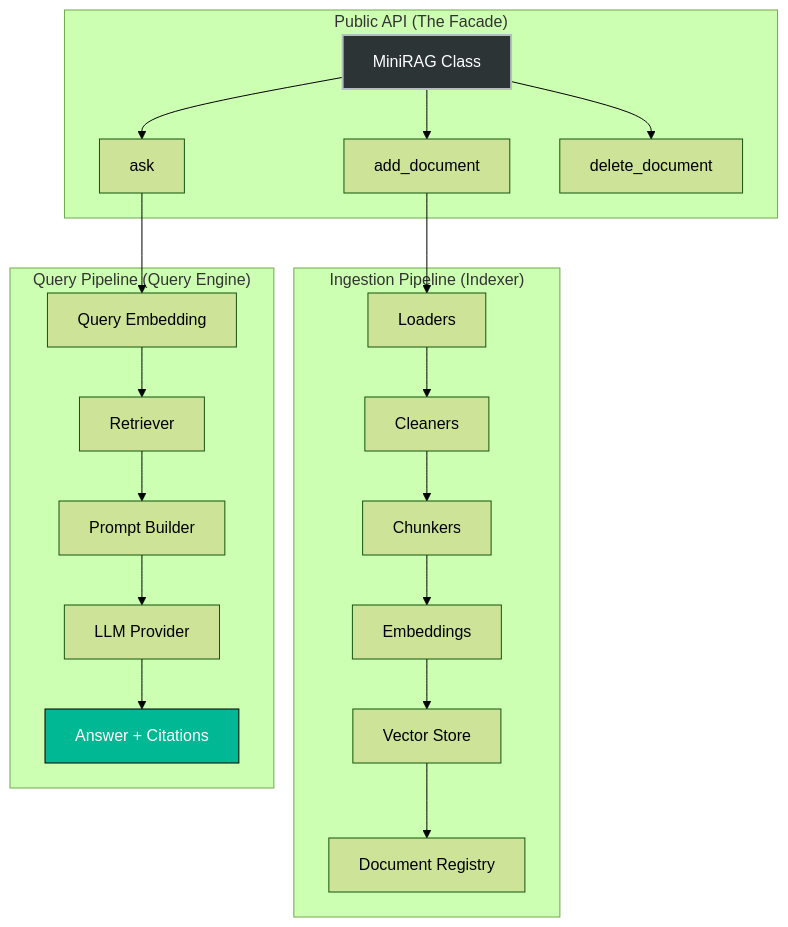
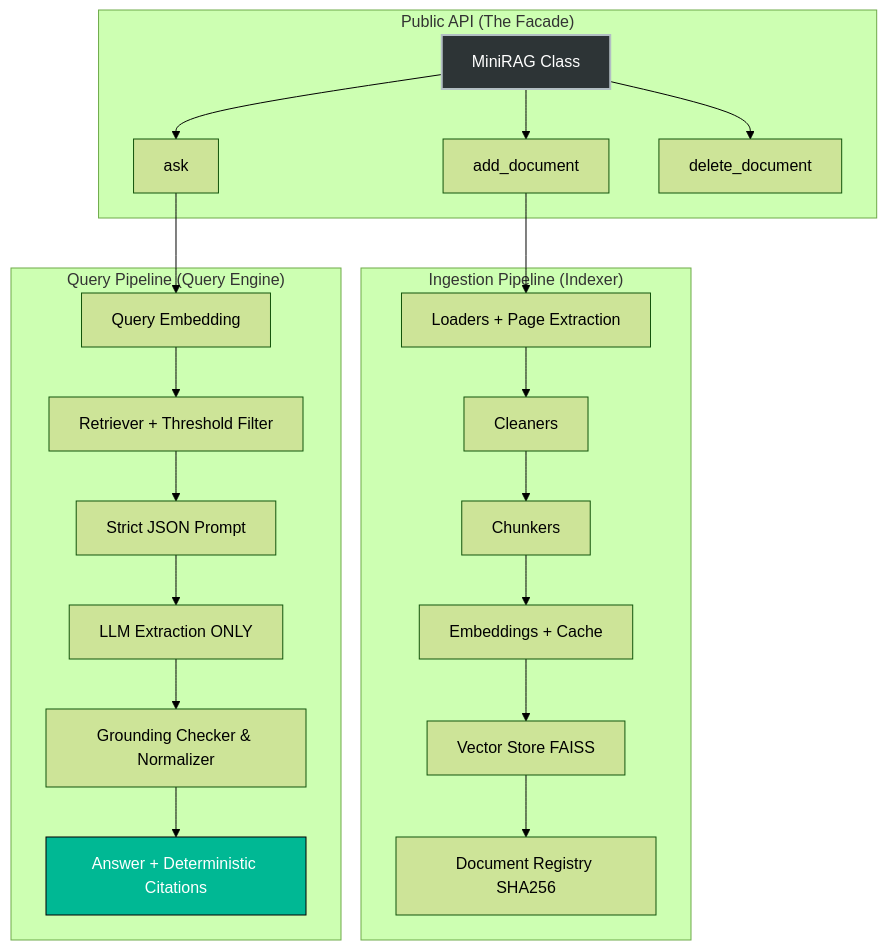
Before and after one commit to VYLENT01/MiniRAG: the diagram in README.md, drawn with Mermaid (forest theme). The commit also changed other lines of this file, not shown here.

Commit message:
docs: Update README to reflect V1.1 Extractive architecture

````diff
--- a/README.md
+++ b/README.md
@@ -34,28 +49,29 @@
 ```mermaid
 graph TD
     subgraph "Public API (The Facade)"
         A[MiniRAG Class] --> B[add_document]
         A --> C[ask]
         A --> D[delete_document]
     end
 
     subgraph "Ingestion Pipeline (Indexer)"
-        B --> E[Loaders]
+        B --> E[Loaders + Page Extraction]
         E --> F[Cleaners]
         F --> G[Chunkers]
-        G --> H[Embeddings]
-        H --> I[Vector Store]
-        I --> J[Document Registry]
+        G --> H[Embeddings + Cache]
+        H --> I[Vector Store FAISS]
+        I --> J[Document Registry SHA256]
     end
 
     subgraph "Query Pipeline (Query Engine)"
         C --> K[Query Embedding]
-        K --> L[Retriever]
-        L --> M[Prompt Builder]
-        M --> N[LLM Provider]
-        N --> O[Answer + Citations]
+        K --> L[Retriever + Threshold Filter]
+        L --> M[Strict JSON Prompt]
+        M --> N[LLM Extraction ONLY]
+        N --> O[Grounding Checker & Normalizer]
+        O --> P[Answer + Deterministic Citations]
     end
 
     style A fill:#2d3436,stroke:#b2bec3,stroke-width:2px,color:#fff
-    style O fill:#00b894,stroke:#000,color:#fff
+    style P fill:#00b894,stroke:#000,color:#fff
 ```
````
